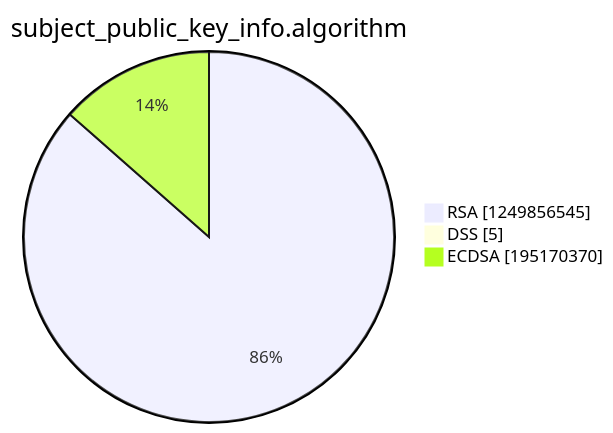
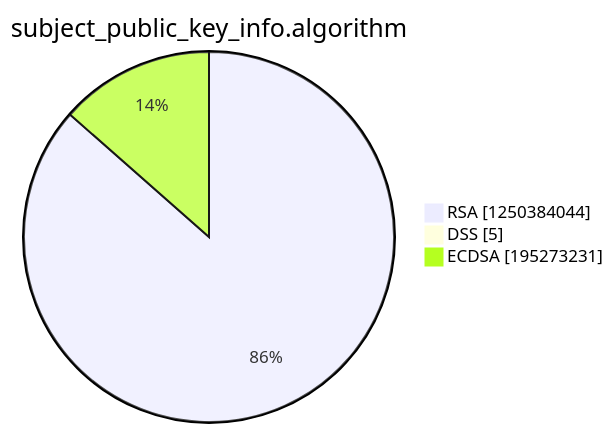
The third of 15 diagrams in argon2022/README.md (christiankrug/ctmonitor_visualization), drawn with Mermaid before and after one commit. The commit also changed other lines of this file, not shown here.

````diff
--- a/argon2022/README.md
+++ b/argon2022/README.md
@@ -14,7 +14,7 @@
 ```mermaid
 pie showData
 title subject_public_key_info.algorithm
-"RSA" :1249856545
+"RSA" :1250384044
 "DSS" :5
-"ECDSA" :195170370
+"ECDSA" :195273231
 ```
````
